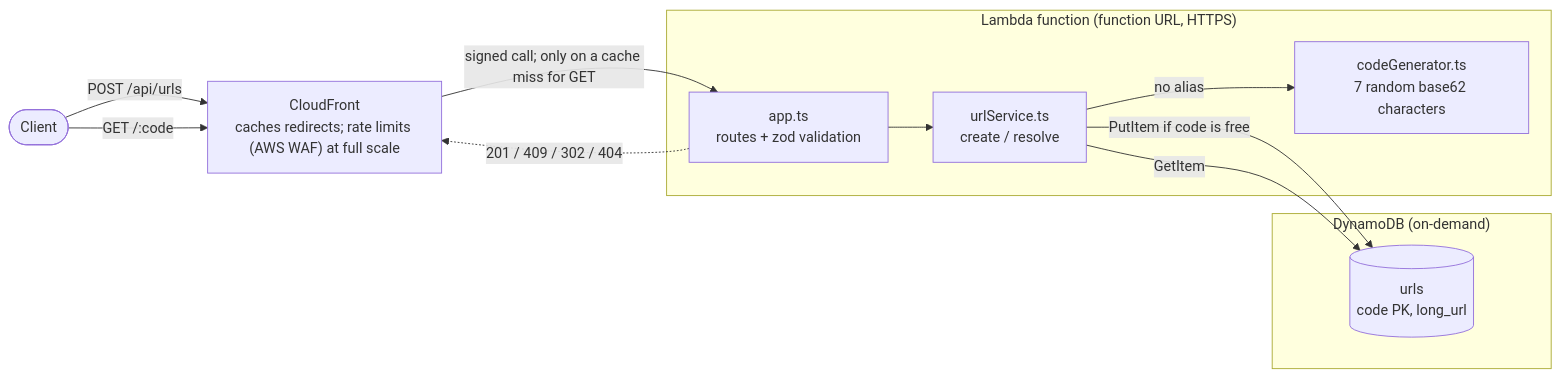
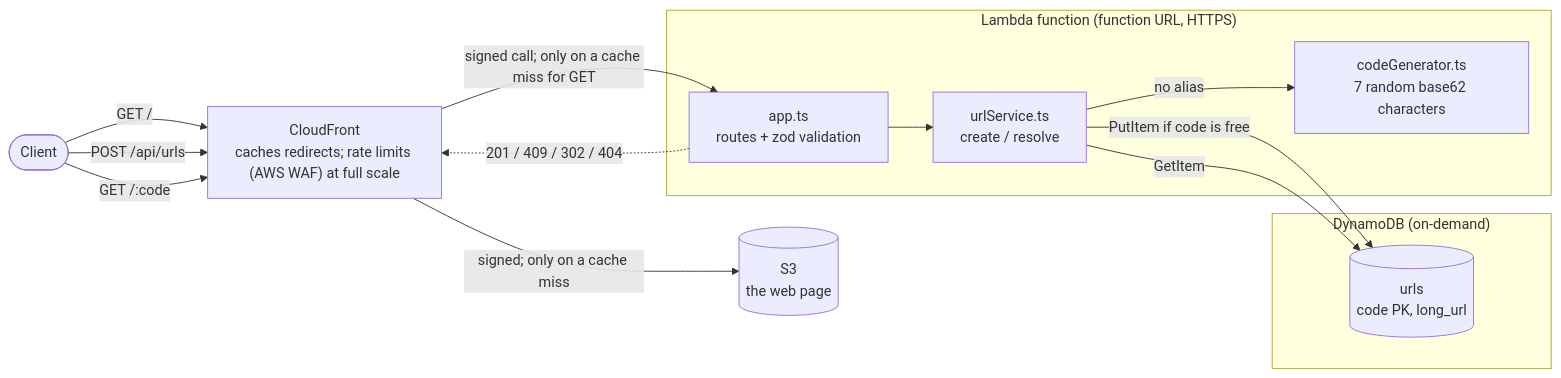
One commit to curiousdirection/url-shortener changed the diagram in README.md. Above: the diagram before and after it, drawn with Mermaid. The commit also changed other lines of this file and 28 other files, not shown here.

First line of the commit message:
Add a web page for creating links, served from S3 behind CloudFront (#40)

````diff
--- a/README.md
+++ b/README.md
@@ -7,25 +7,28 @@
 ```mermaid
 flowchart LR
     client([Client])
     cdn["CloudFront<br/>caches redirects; rate limits (AWS WAF) at full scale"]
+    web[("S3<br/>the web page")]
 
     subgraph lambda["Lambda function (function URL, HTTPS)"]
         routes["app.ts<br/>routes + zod validation"]
         service["urlService.ts<br/>create / resolve"]
         gen["codeGenerator.ts<br/>7 random base62 characters"]
         routes --> service
         service -->|"no alias"| gen
     end
 
     subgraph ddb["DynamoDB (on-demand)"]
         urls[("urls<br/>code PK, long_url")]
     end
 
+    client -->|"GET /"| cdn
+    cdn -->|"signed; only on a cache miss"| web
     client -->|"POST /api/urls"| cdn
     client -->|"GET /:code"| cdn
     cdn -->|"signed call; only on a cache miss for GET"| routes
     routes -.->|"201 / 409 / 302 / 404"| cdn
 
     service -->|"PutItem if code is free"| urls
     service -->|"GetItem"| urls
 ```
````
